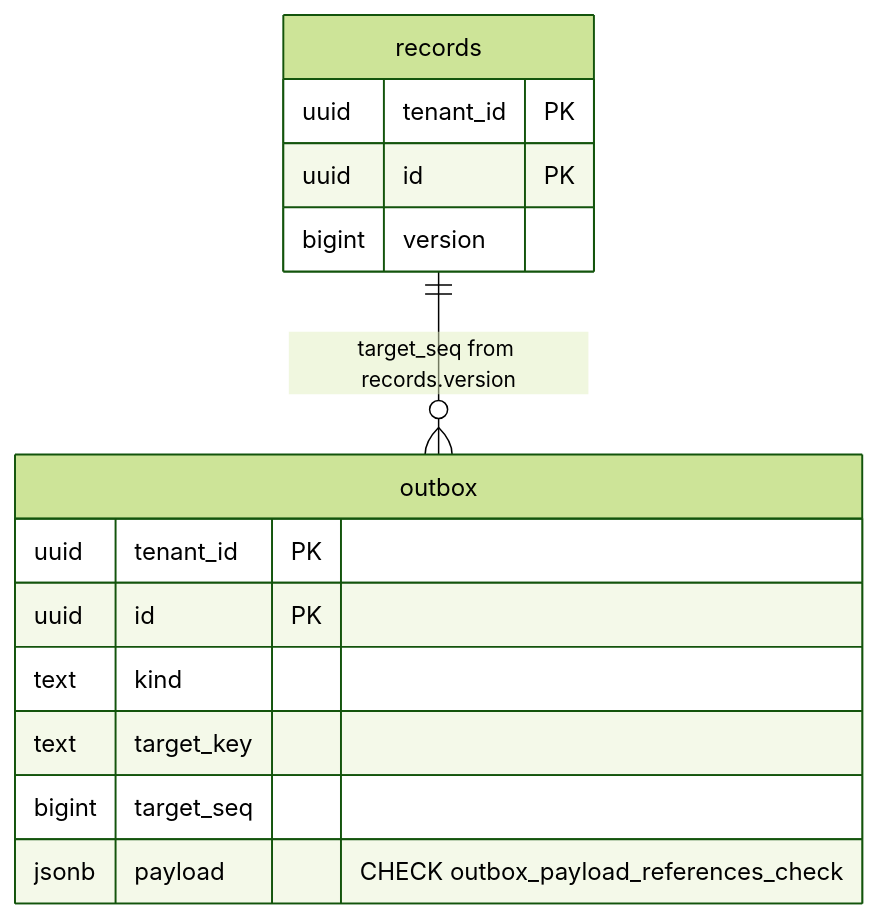
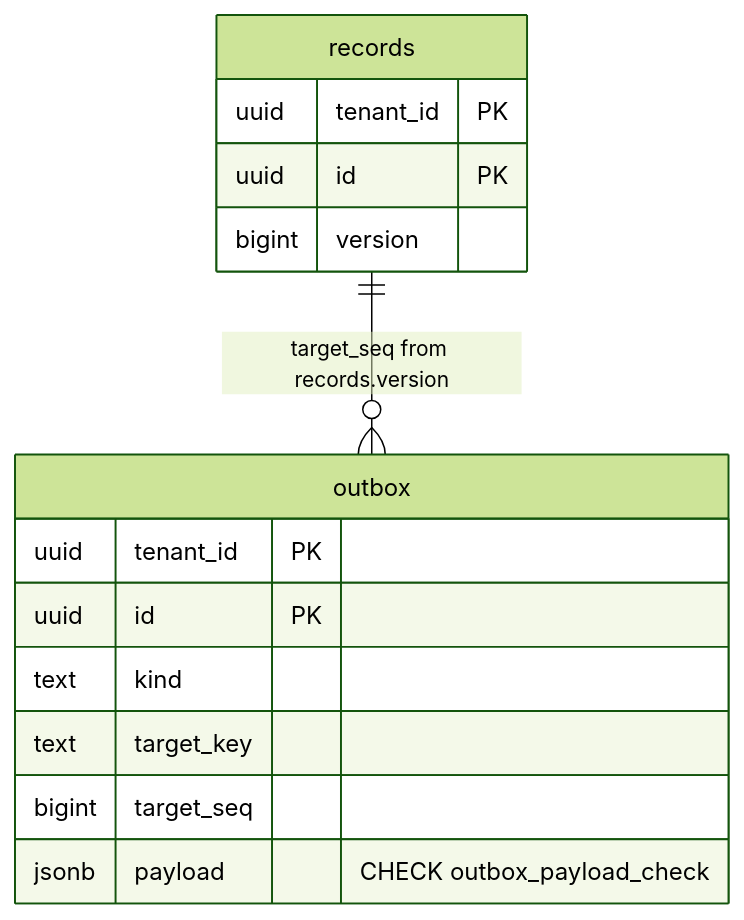
Before and after one commit to Navaladi2019/TicketingSystem: the diagram in docs/data/outbox-payload-check.md, drawn with Mermaid (forest theme). The commit also changed other lines of this file and 10 other files, not shown here.

First line of the commit message:
TICK-240: outbox payload keys and canonical UUIDs, in Go and the CHECK (CI-7 T32b-1)

````diff
--- a/docs/data/outbox-payload-check.md
+++ b/docs/data/outbox-payload-check.md
@@ -14,17 +22,17 @@
 ```mermaid
 erDiagram
     records ||--o{ outbox : "target_seq from records.version"
     outbox {
         uuid tenant_id PK
         uuid id PK
         text kind
         text target_key
         bigint target_seq
-        jsonb payload "CHECK outbox_payload_references_check"
+        jsonb payload "CHECK outbox_payload_check"
     }
     records {
         uuid tenant_id PK
         uuid id PK
         bigint version
     }
 ```
````
